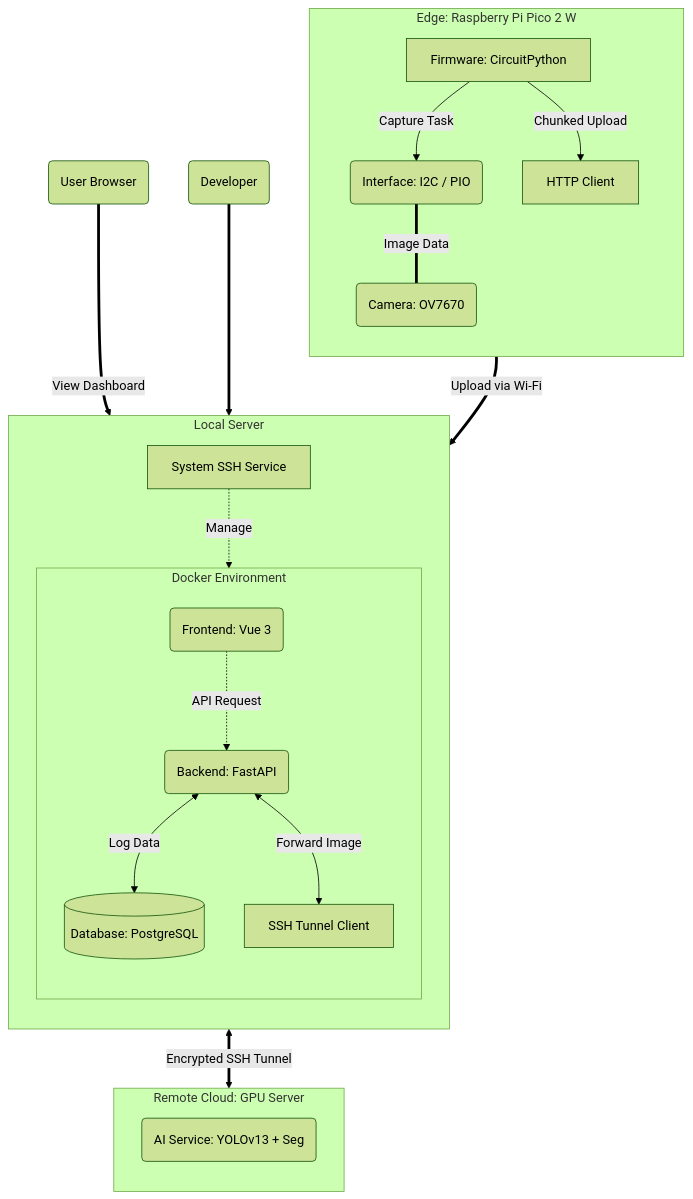
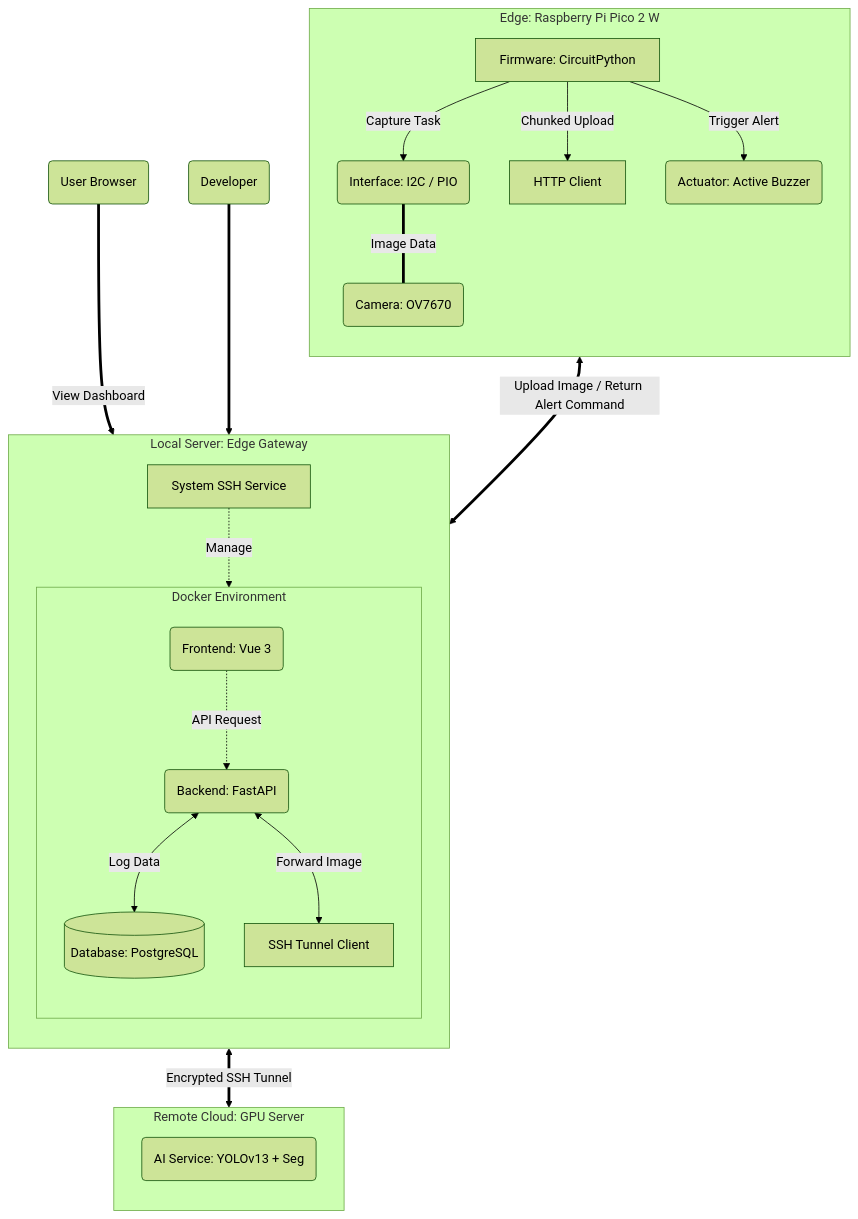
Before and after one commit to Spl6026/NTUT_EmbeddingSystemFinal: the second of 2 diagrams in README.md, drawn with Mermaid (forest theme).

Commit message:
Enhance README with Buzzer and server details
Updated README to include Buzzer and clarify server roles.

````diff
--- a/README.md
+++ b/README.md
@@ -96,48 +96,50 @@
 ```mermaid
 graph TD
     %% --- 1. Edge Device ---
     subgraph Edge_Side [Edge: Raspberry Pi Pico 2 W]
         direction TB
         Firmware[Firmware: CircuitPython]
         Interface(Interface: I2C / PIO)
         Cam(Camera: OV7670)
+        Buzzer(Actuator: Active Buzzer)
         
         %% Internal Connections
         Firmware -->|Capture Task| Interface
         Interface ===|Image Data| Cam
         Firmware -->|Chunked Upload| HttpClient[HTTP Client]
+        Firmware -->|Trigger Alert| Buzzer
     end
 
     %% --- 2. Local Server ---
-    subgraph Server_Host [Local Server]
+    subgraph Server_Host [Local Server: Edge Gateway]
         direction TB
         SSH_Service[System SSH Service]
         
         subgraph Docker_Env [Docker Environment]
             direction TB
             FastAPI(Backend: FastAPI)
             VueServer(Frontend: Vue 3)
             Tunnel[SSH Tunnel Client]
             DB[(Database: PostgreSQL)]
             
             %% Container Communication
             FastAPI <-->|Log Data| DB
             VueServer -.->|API Request| FastAPI
             FastAPI <-->|Forward Image| Tunnel
         end
         
         SSH_Service -.->|Manage| Docker_Env
     end
 
     %% --- 3. Remote Cloud ---
     subgraph Remote_Cloud [Remote Cloud: GPU Server]
         direction TB
         YOLO(AI Service: YOLOv13 + Seg)
     end
 
     %% --- External Data Flow ---
-    HttpClient == Upload via Wi-Fi ==> FastAPI
+    HttpClient <== "Upload Image / Return Alert Command" ==> FastAPI
     Tunnel <== Encrypted SSH Tunnel ==> YOLO
     Browser(User Browser) == View Dashboard ==> VueServer
     Admin(Developer) ==> SSH_Service
 ```
````
